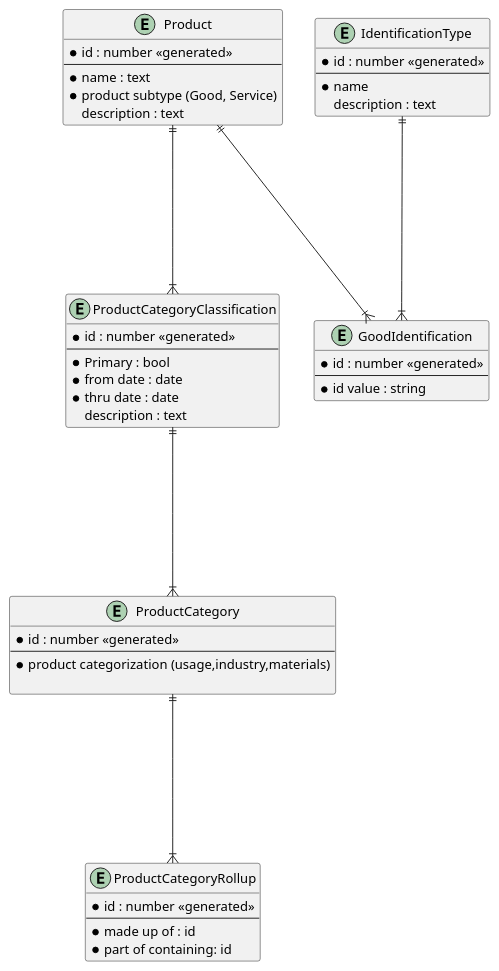
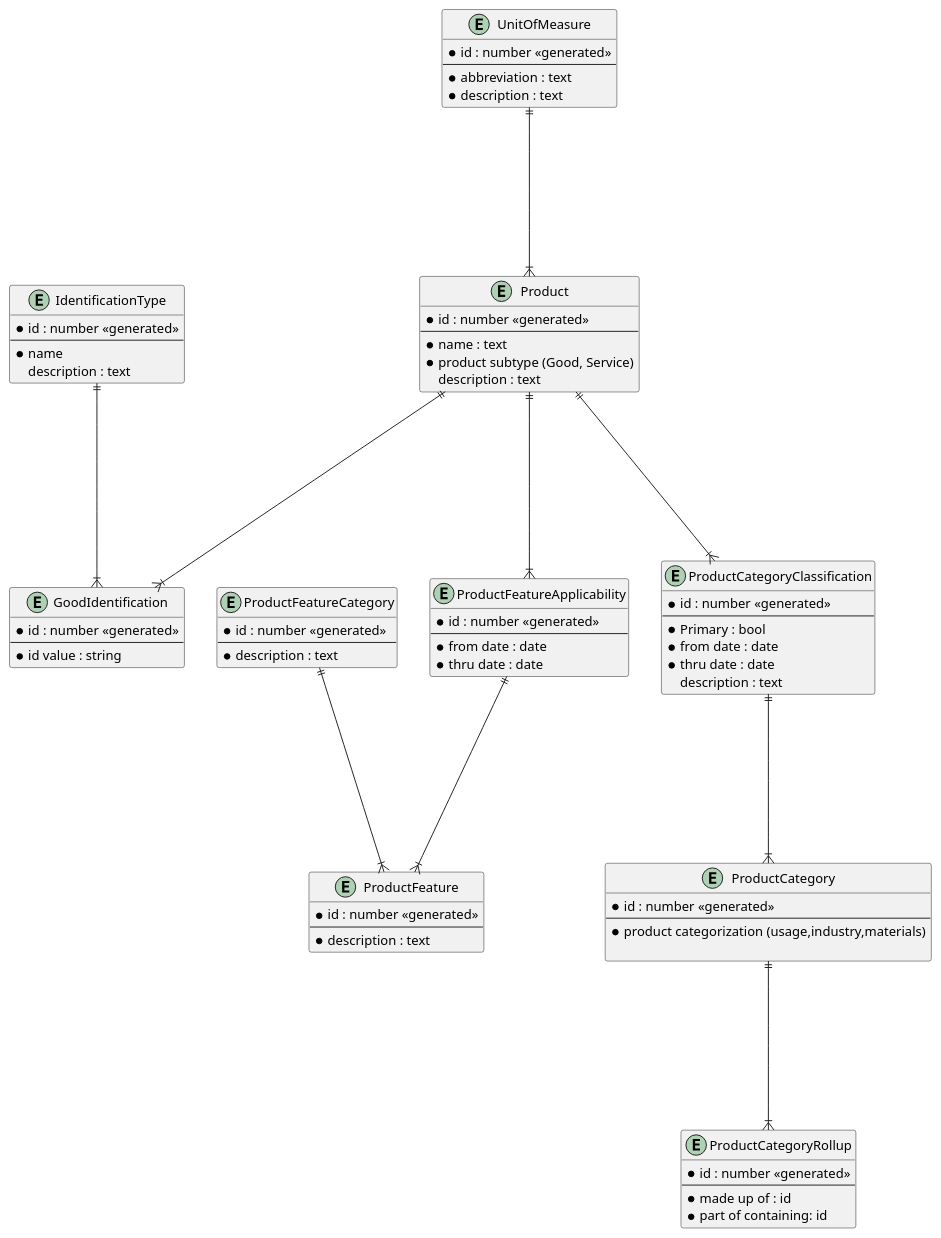
One commit to softrebel/lite-wms changed the diagram in docs/products.md. Above: the diagram before and after it, drawn with PlantUML. The commit also changed other lines of this file, not shown here.

Commit message:
Update products.md
complete product

````diff
--- a/docs/products.md
+++ b/docs/products.md
@@ -69,6 +76,39 @@
 Product ||----|{ GoodIdentification
 IdentificationType ||----|{ GoodIdentification
 
+
+
+
+entity ProductFeature {
+    * id : number <<generated>>
+    --
+    * description : text
+}
+
+entity ProductFeatureCategory {
+    * id : number <<generated>>
+    --
+    * description : text
+}
+entity UnitOfMeasure {
+    * id : number <<generated>>
+    --
+    * abbreviation : text
+    * description : text
+}
+entity ProductFeatureApplicability {
+    * id : number <<generated>>
+    --
+    * from date : date
+    * thru date : date
+}
+
+
+Product ||----|{ ProductFeatureApplicability
+ProductFeatureApplicability ||----|{ ProductFeature
+ProductFeatureCategory ||----|{ ProductFeature
+UnitOfMeasure ||----|{ Product
+
 @enduml
 
 ```
````
